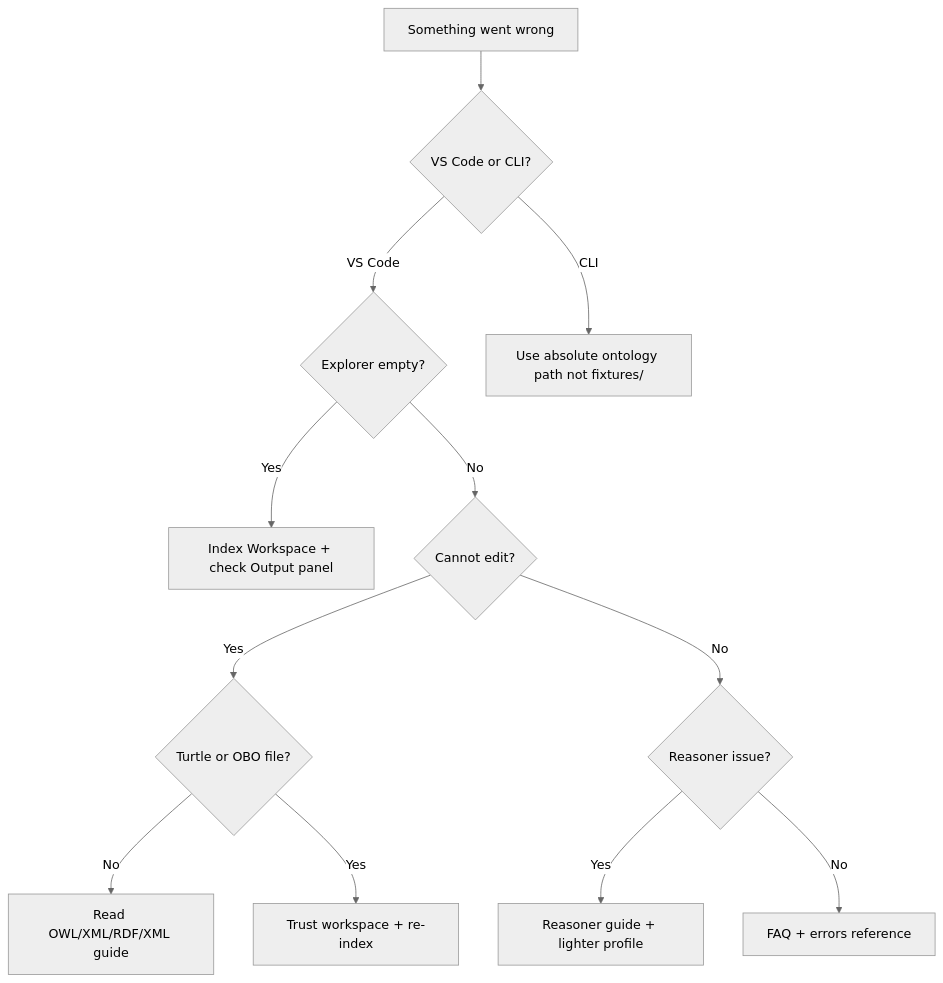
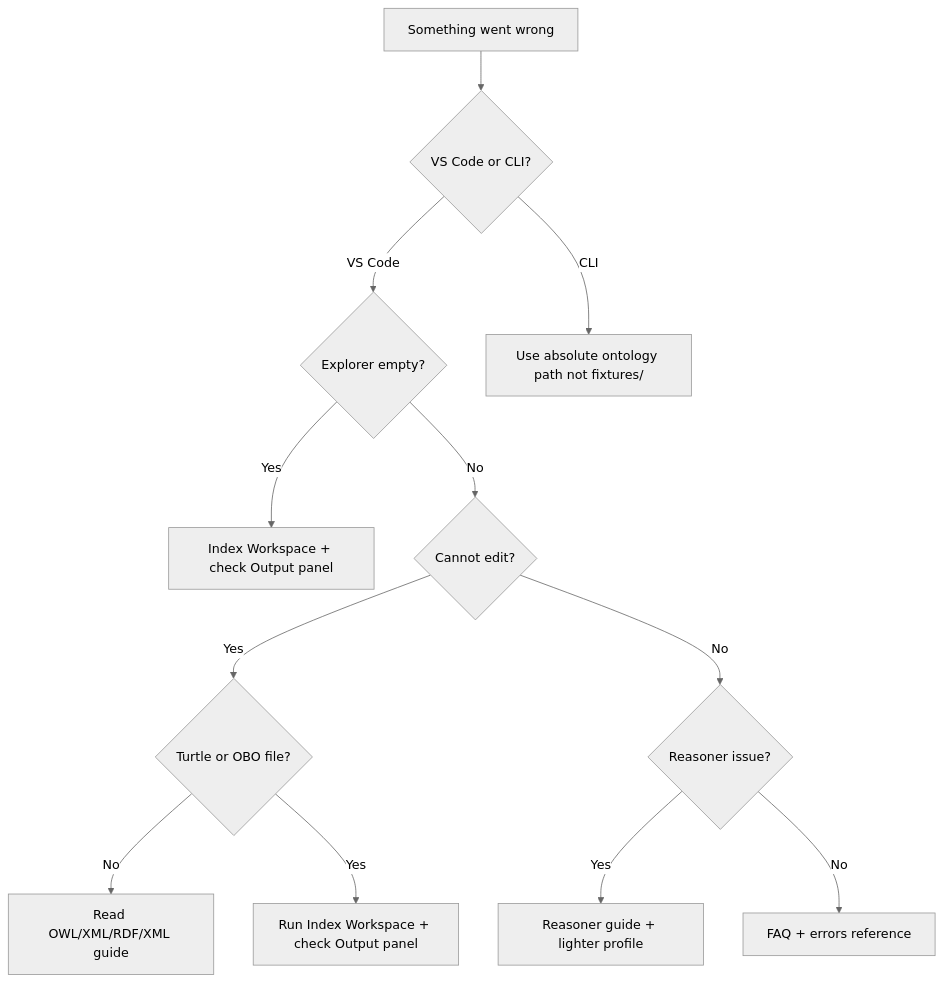
Before and after one commit to eddiethedean/ontocode: the diagram in docs/troubleshooting.md, drawn with Mermaid (neutral theme). The commit also changed other lines of this file and 54 other files, not shown here.

````diff
--- a/docs/troubleshooting.md
+++ b/docs/troubleshooting.md
@@ -27,15 +27,15 @@
 ```mermaid
 flowchart TD
   start[Something went wrong]
   start --> vscode{VS Code or CLI?}
   vscode -->|VS Code| empty{Explorer empty?}
   vscode -->|CLI| cliFix[Use absolute ontology path not fixtures/]
   empty -->|Yes| indexWs[Index Workspace + check Output panel]
   empty -->|No| edit{Cannot edit?}
   edit -->|Yes| formatCheck{Turtle or OBO file?}
   formatCheck -->|No| owlXml[Read OWL/XML/RDF/XML guide]
-  formatCheck -->|Yes| trust[Trust workspace + re-index]
+  formatCheck -->|Yes| reindex[Run Index Workspace + check Output panel]
   edit -->|No| reasoner{Reasoner issue?}
   reasoner -->|Yes| reasonerGuide[Reasoner guide + lighter profile]
   reasoner -->|No| faq[FAQ + errors reference]
 ```
````
